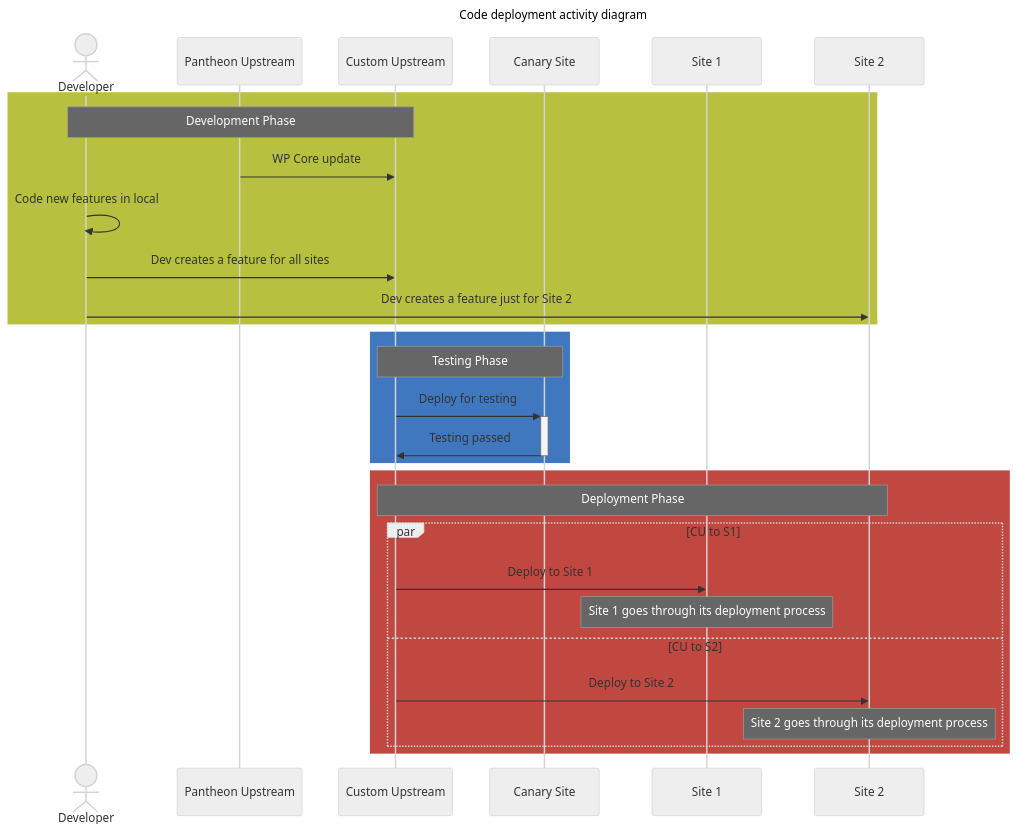
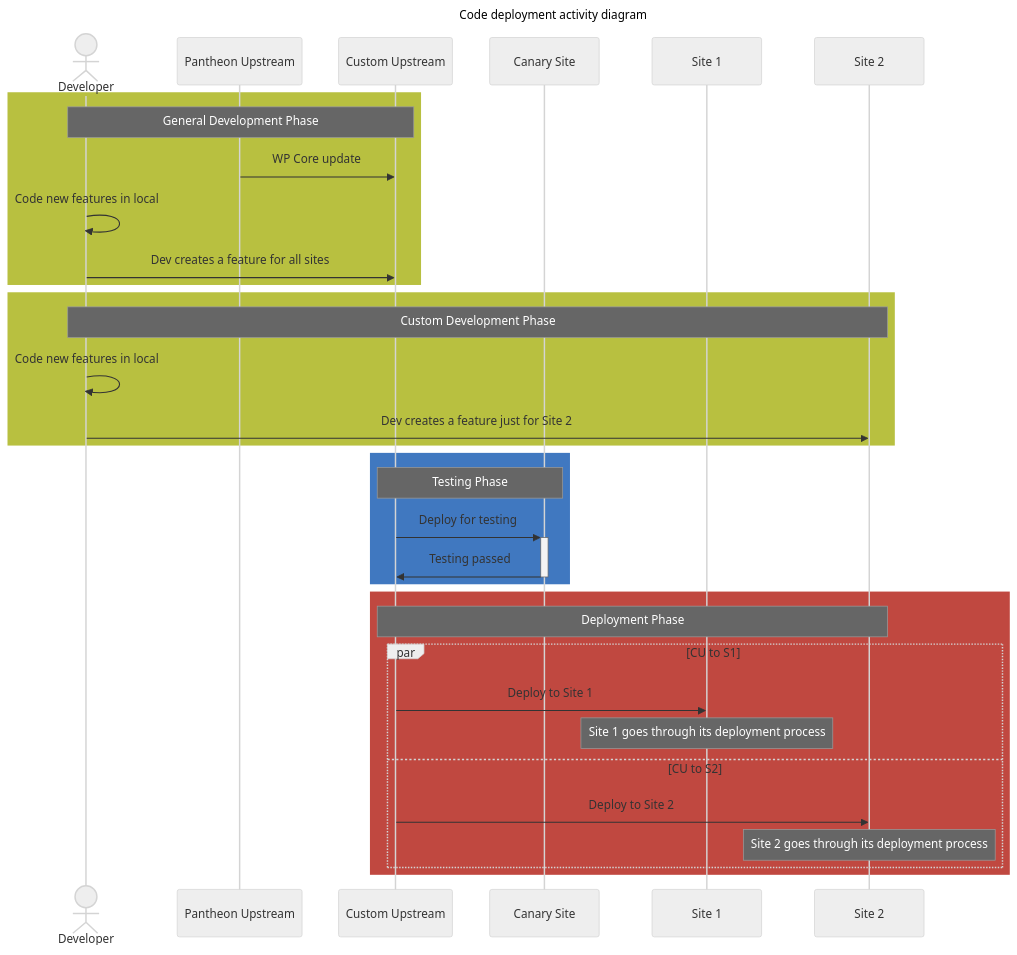
One commit to pantheon-systems/webops-architecture changed the second of 2 diagrams in WordPress/Mid-grade.md. Above: the diagram before and after it, drawn with Mermaid (neutral theme). The commit also changed other lines of this file, not shown here.

````diff
--- a/WordPress/Mid-grade.md
+++ b/WordPress/Mid-grade.md
@@ -78,43 +82,48 @@
 ```mermaid
 ---
 title: Code deployment activity diagram
 
 ---
 %%{init:{mirrorActors: false}}%%
 sequenceDiagram
 
     % People & Systems
     actor Dev as Developer
     participant PU as Pantheon Upstream
     participant CU as Custom Upstream
     participant S0 as Canary Site
     participant S1 as Site 1
     participant S2 as Site 2
 
     % Actions
 
     rect rgb(184,192,64)
-        Note over Dev,CU: Development Phase
+        Note over Dev,CU: General Development Phase
         PU->>CU: WP Core update
         Dev->>Dev: Code new features in local
         Dev->>CU: Dev creates a feature for all sites
+    end
+
+    rect rgb(184,192,64)
+        Note over Dev,S2: Custom Development Phase
+        Dev->>Dev: Code new features in local
         Dev->>S2: Dev creates a feature just for Site 2
     end
 
     rect rgb(64,120,192)
         Note over CU,S0: Testing Phase
         CU->>+S0: Deploy for testing
         S0->>-CU: Testing passed
     end
     rect rgb(192,72,64)
         Note over CU,S2: Deployment Phase
         par CU to S1
             CU->>S1: Deploy to Site 1
             Note over S1: Site 1 goes through its deployment process
         and CU to S2
             CU->>S2: Deploy to Site 2
             Note over S2: Site 2 goes through its deployment process
         end
     end
 
 ```
````
